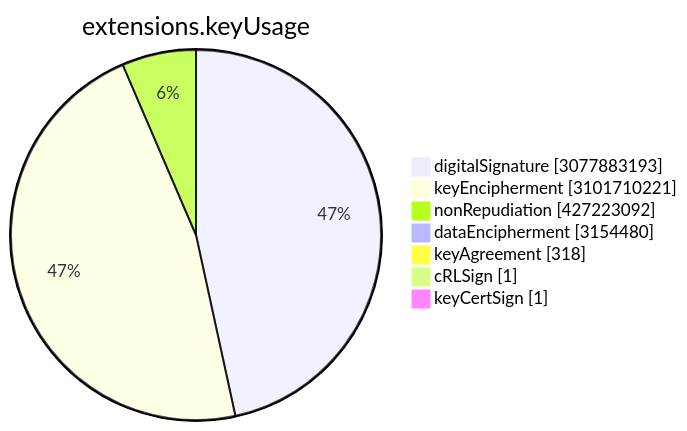
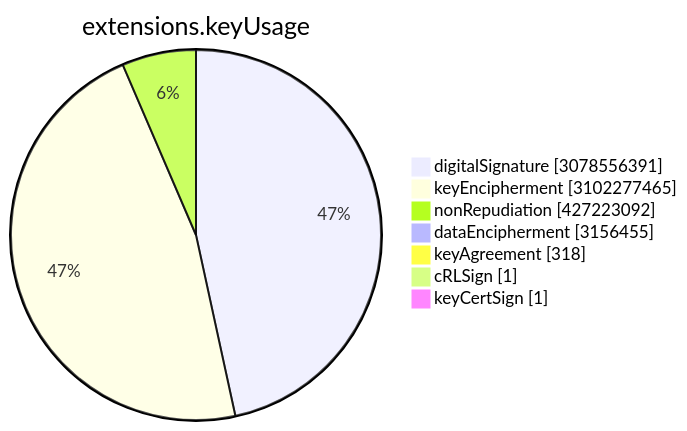
The sixth of 15 diagrams in TOTAL/README.md (christiankrug/ctmonitor_visualization), drawn with Mermaid before and after one commit. The commit also changed other lines of this file, not shown here.

````diff
--- a/TOTAL/README.md
+++ b/TOTAL/README.md
@@ -3075,11 +3075,11 @@
 ```mermaid
 pie showData
 title extensions.keyUsage
-"digitalSignature" :3077883193
-"keyEncipherment" :3101710221
+"digitalSignature" :3078556391
+"keyEncipherment" :3102277465
 "nonRepudiation" :427223092
-"dataEncipherment" :3154480
+"dataEncipherment" :3156455
 "keyAgreement" :318
 "cRLSign" :1
 "keyCertSign" :1
 ```
````
